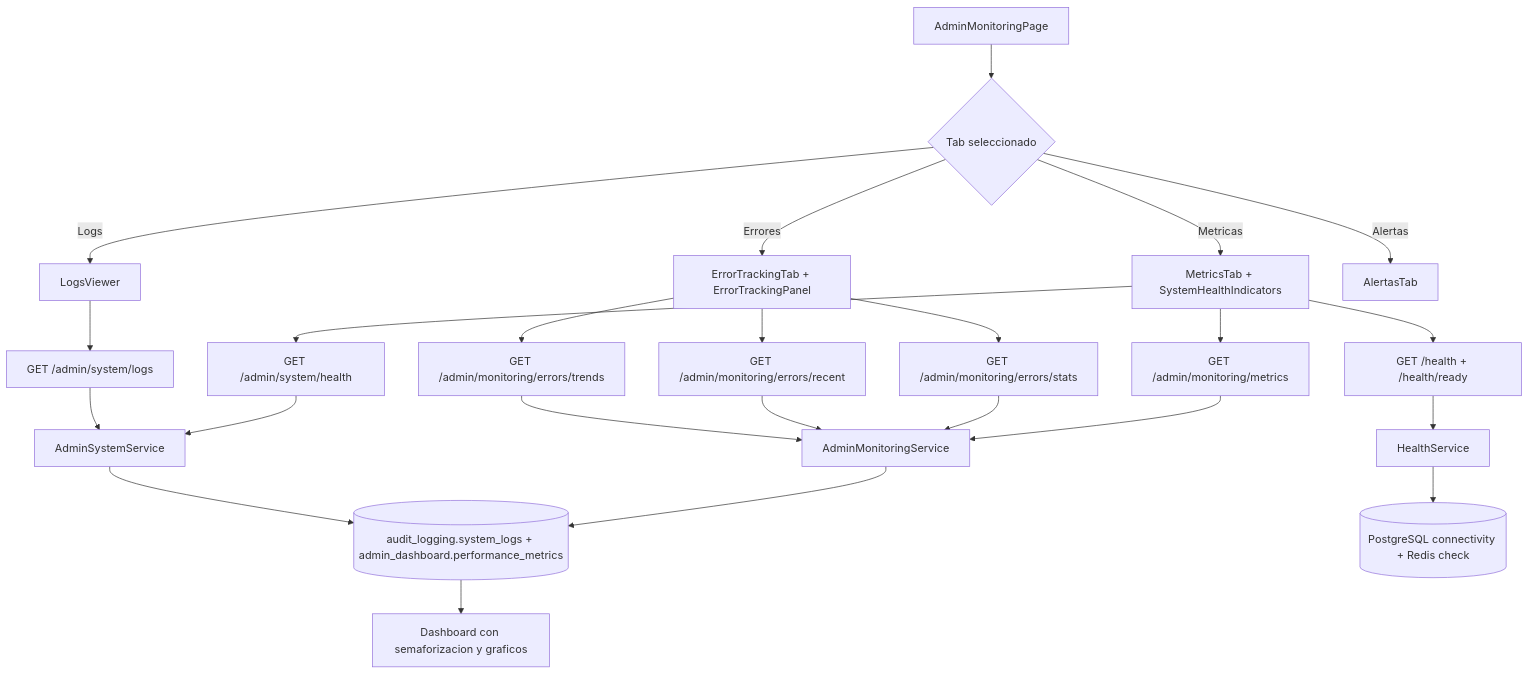
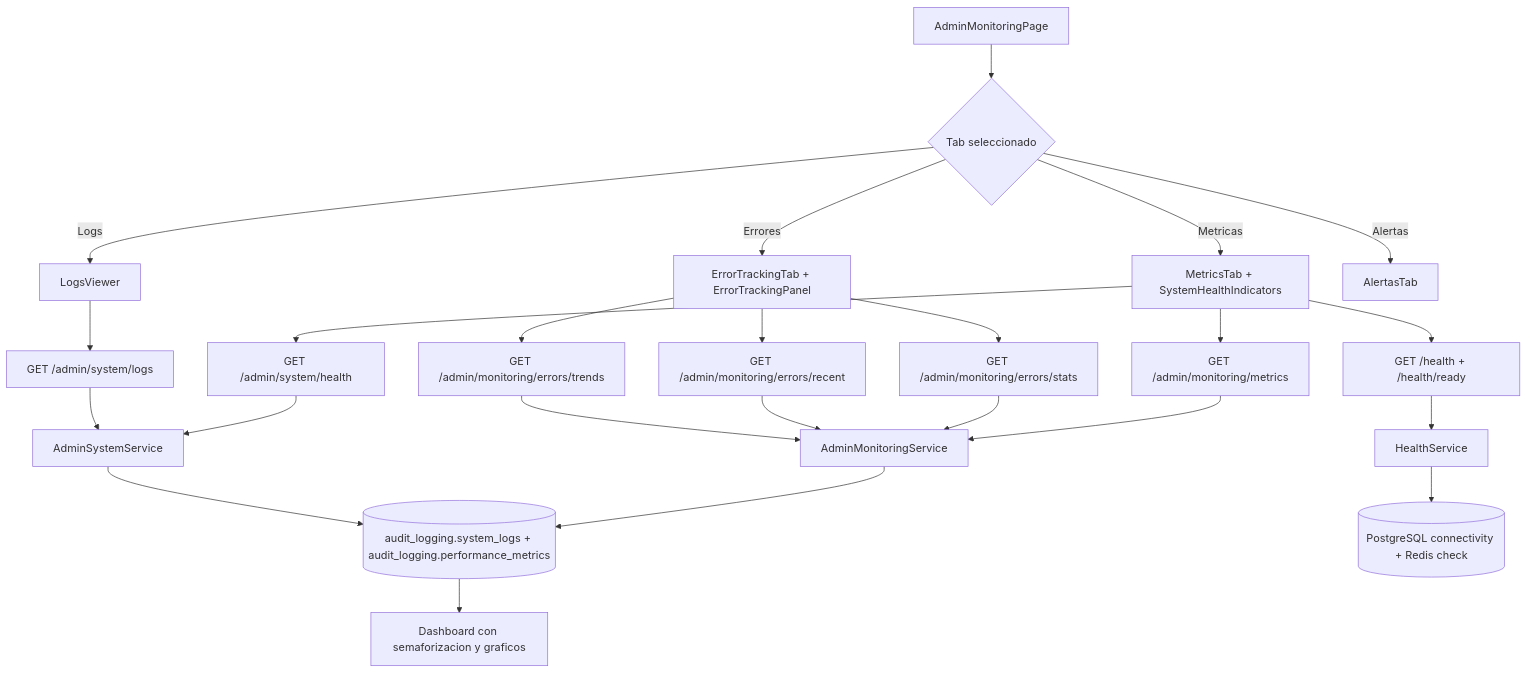
The diagram in docs/30-ux-ui/flujos/admin/FLUJO-MONITOREO-SISTEMA.md (rckrdmrd/gamilit-workspace), drawn with Mermaid before and after one commit. The commit also changed other lines of this file and 638 other files, not shown here.

````diff
--- a/docs/30-ux-ui/flujos/admin/FLUJO-MONITOREO-SISTEMA.md
+++ b/docs/30-ux-ui/flujos/admin/FLUJO-MONITOREO-SISTEMA.md
@@ -22,26 +24,26 @@
 ```mermaid
 flowchart TD
     page[AdminMonitoringPage] --> tabs{Tab seleccionado}
     tabs -->|Metricas| metricsTab[MetricsTab + SystemHealthIndicators]
     tabs -->|Errores| errorsTab[ErrorTrackingTab + ErrorTrackingPanel]
     tabs -->|Logs| logsTab[LogsViewer]
     tabs -->|Alertas| alertsTab[AlertasTab]
     metricsTab --> apiMetrics["GET /admin/monitoring/metrics"]
     metricsTab --> apiHealth["GET /health + /health/ready"]
     metricsTab --> apiSysHealth["GET /admin/system/health"]
     errorsTab --> apiErrors["GET /admin/monitoring/errors/stats"]
     errorsTab --> apiRecent["GET /admin/monitoring/errors/recent"]
     errorsTab --> apiTrends["GET /admin/monitoring/errors/trends"]
     logsTab --> apiLogs["GET /admin/system/logs"]
     apiMetrics --> monService[AdminMonitoringService]
     apiHealth --> healthService[HealthService]
     apiSysHealth --> sysService[AdminSystemService]
     apiErrors --> monService
     apiRecent --> monService
     apiTrends --> monService
     apiLogs --> sysService
-    monService --> db[(audit_logging.system_logs + admin_dashboard.performance_metrics)]
+    monService --> db[(audit_logging.system_logs + audit_logging.performance_metrics)]
     healthService --> dbCheck[(PostgreSQL connectivity + Redis check)]
     sysService --> db
     db --> ui[Dashboard con semaforizacion y graficos]
 ```
````
